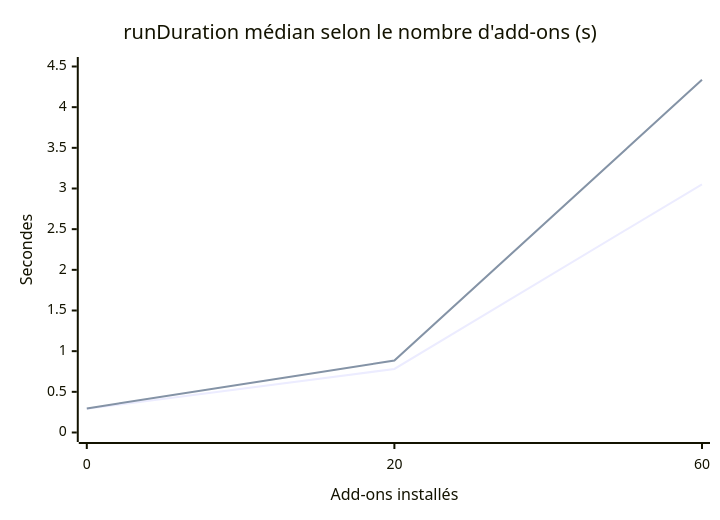
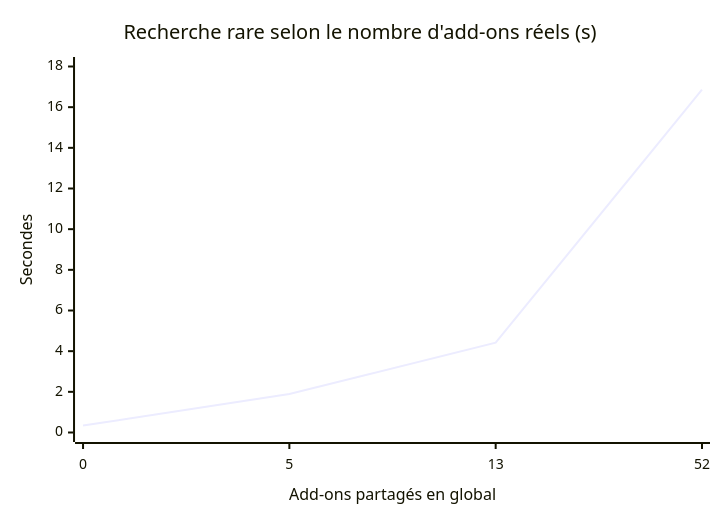
Before and after one commit to rafiki31130/knowledge_base_pro: the first of 2 diagrams in concepts/splunk-cout-presence-addons-parsing.md, drawn with Mermaid. The commit also changed other lines of this file, not shown here.

````diff
--- a/concepts/splunk-cout-presence-addons-parsing.md
+++ b/concepts/splunk-cout-presence-addons-parsing.md
@@ -36,8 +60,7 @@
 ```mermaid
 xychart-beta
-    title "runDuration médian selon le nombre d'add-ons (s)"
-    x-axis "Add-ons installés" ["0", "20", "60"]
-    y-axis "Secondes" 0 --> 4.5
-    line [0.291, 0.781, 3.052]
-    line [0.296, 0.884, 4.337]
+    title "Recherche rare selon le nombre d'add-ons réels (s)"
+    x-axis "Add-ons partagés en global" ["0", "5", "13", "52"]
+    y-axis "Secondes" 0 --> 18
+    line [0.34, 1.89, 4.42, 16.86]
 ```
````
